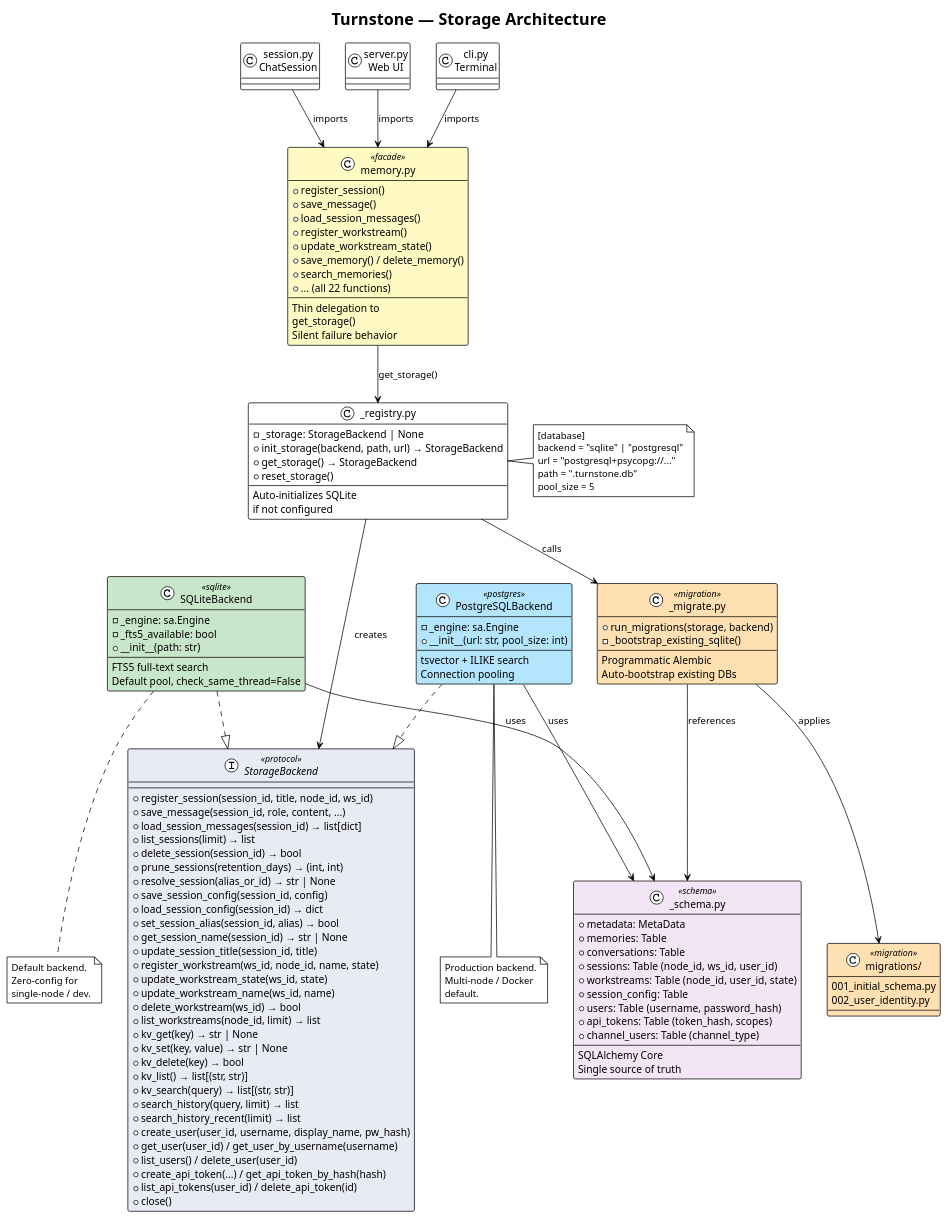
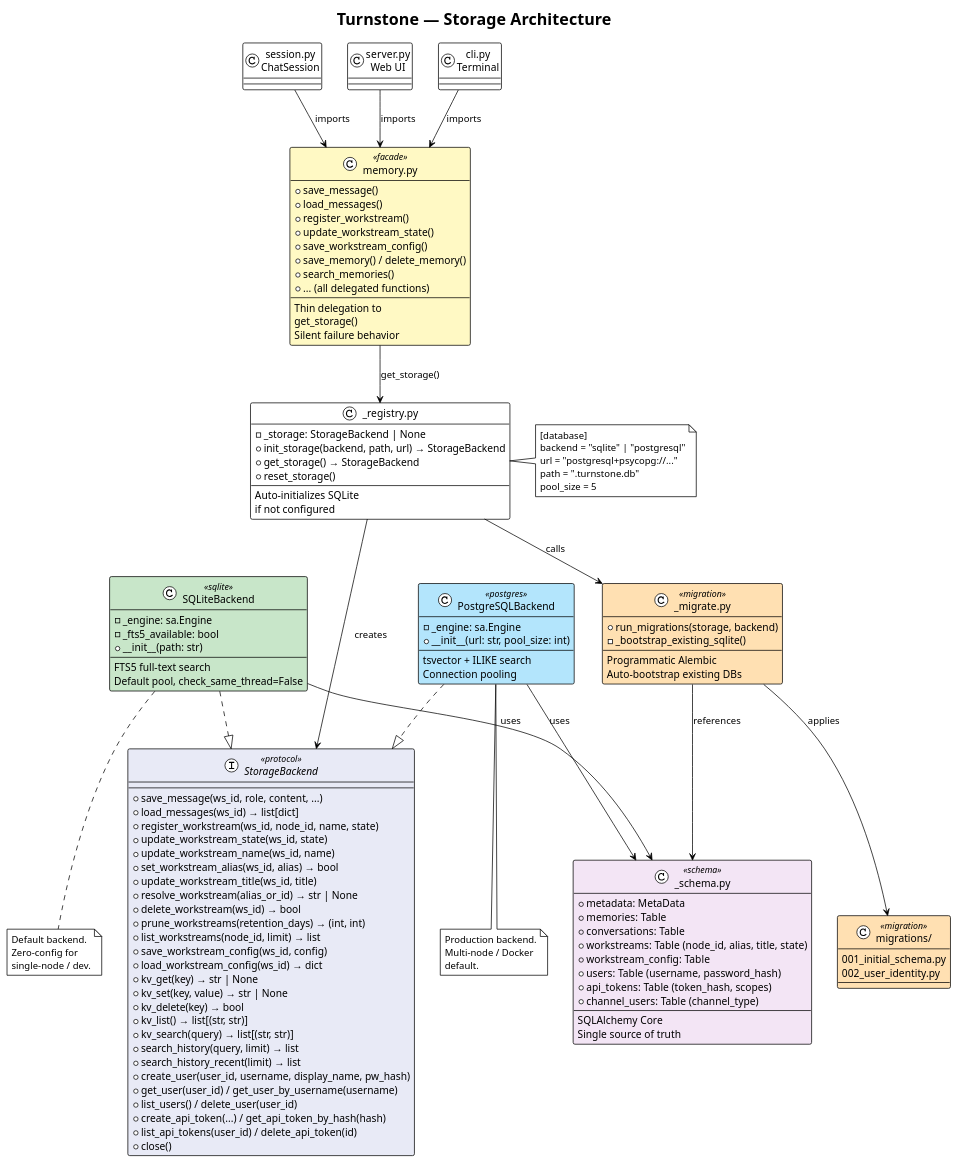
The diagram in docs/diagrams/14-storage-architecture.puml (turnstonelabs/turnstone), drawn with PlantUML before and after one commit. The commit also changed 47 other files, not shown here.

```diff
--- a/docs/diagrams/14-storage-architecture.puml
+++ b/docs/diagrams/14-storage-architecture.puml
@@ -1,173 +1,168 @@
 @startuml
 !theme plain
 title Turnstone — Storage Architecture
 
 skinparam class {
     BackgroundColor<<protocol>> #E8EAF6
     BackgroundColor<<sqlite>> #C8E6C9
     BackgroundColor<<postgres>> #B3E5FC
     BackgroundColor<<facade>> #FFF9C4
     BackgroundColor<<migration>> #FFE0B2
     BackgroundColor<<schema>> #F3E5F5
 }
 
 ' -- Protocol --
 interface "StorageBackend" as SB <<protocol>> {
-    +register_session(session_id, title, node_id, ws_id)
-    +save_message(session_id, role, content, ...)
-    +load_session_messages(session_id) → list[dict]
-    +list_sessions(limit) → list
-    +delete_session(session_id) → bool
-    +prune_sessions(retention_days) → (int, int)
-    +resolve_session(alias_or_id) → str | None
-    +save_session_config(session_id, config)
-    +load_session_config(session_id) → dict
-    +set_session_alias(session_id, alias) → bool
-    +get_session_name(session_id) → str | None
-    +update_session_title(session_id, title)
+    +save_message(ws_id, role, content, ...)
+    +load_messages(ws_id) → list[dict]
     +register_workstream(ws_id, node_id, name, state)
     +update_workstream_state(ws_id, state)
     +update_workstream_name(ws_id, name)
+    +set_workstream_alias(ws_id, alias) → bool
+    +update_workstream_title(ws_id, title)
+    +resolve_workstream(alias_or_id) → str | None
     +delete_workstream(ws_id) → bool
+    +prune_workstreams(retention_days) → (int, int)
     +list_workstreams(node_id, limit) → list
+    +save_workstream_config(ws_id, config)
+    +load_workstream_config(ws_id) → dict
     +kv_get(key) → str | None
     +kv_set(key, value) → str | None
     +kv_delete(key) → bool
     +kv_list() → list[(str, str)]
     +kv_search(query) → list[(str, str)]
     +search_history(query, limit) → list
     +search_history_recent(limit) → list
     +create_user(user_id, username, display_name, pw_hash)
     +get_user(user_id) / get_user_by_username(username)
     +list_users() / delete_user(user_id)
     +create_api_token(...) / get_api_token_by_hash(hash)
     +list_api_tokens(user_id) / delete_api_token(id)
     +close()
 }
 
 ' -- Backends --
 class "SQLiteBackend" as SQLite <<sqlite>> {
     -_engine: sa.Engine
     -_fts5_available: bool
     +__init__(path: str)
     --
     FTS5 full-text search
     Default pool, check_same_thread=False
 }
 
 class "PostgreSQLBackend" as PG <<postgres>> {
     -_engine: sa.Engine
     +__init__(url: str, pool_size: int)
     --
     tsvector + ILIKE search
     Connection pooling
 }
 
 ' -- Schema --
 class "_schema.py" as Schema <<schema>> {
     +metadata: MetaData
     +memories: Table
     +conversations: Table
-    +sessions: Table (node_id, ws_id, user_id)
-    +workstreams: Table (node_id, user_id, state)
-    +session_config: Table
+    +workstreams: Table (node_id, alias, title, state)
+    +workstream_config: Table
     +users: Table (username, password_hash)
     +api_tokens: Table (token_hash, scopes)
     +channel_users: Table (channel_type)
     --
     SQLAlchemy Core
     Single source of truth
 }
 
 ' -- Migration --
 class "_migrate.py" as Migrate <<migration>> {
     +run_migrations(storage, backend)
     -_bootstrap_existing_sqlite()
     --
     Programmatic Alembic
     Auto-bootstrap existing DBs
 }
 
 class "migrations/" as Versions <<migration>> {
     001_initial_schema.py
     002_user_identity.py
 }
 
 ' -- Registry --
 class "_registry.py" as Registry {
     -_storage: StorageBackend | None
     +init_storage(backend, path, url) → StorageBackend
     +get_storage() → StorageBackend
     +reset_storage()
     --
     Auto-initializes SQLite
     if not configured
 }
 
 ' -- Facade --
 class "memory.py" as Facade <<facade>> {
-    +register_session()
     +save_message()
-    +load_session_messages()
+    +load_messages()
     +register_workstream()
     +update_workstream_state()
+    +save_workstream_config()
     +save_memory() / delete_memory()
     +search_memories()
-    +... (all 22 functions)
+    +... (all delegated functions)
     --
     Thin delegation to
     get_storage()
     Silent failure behavior
 }
 
 ' -- Consumers --
 class "session.py\nChatSession" as Session {
 }
 
 class "server.py\nWeb UI" as Server {
 }
 
 class "cli.py\nTerminal" as CLI {
 }
 
 ' -- Relationships --
 SQLite ..|> SB
 PG ..|> SB
 
 SQLite --> Schema : uses
 PG --> Schema : uses
 
 Registry --> SB : creates
 Registry --> Migrate : calls
 
 Migrate --> Versions : applies
 Migrate --> Schema : references
 
 Facade --> Registry : get_storage()
 
 Session --> Facade : imports
 Server --> Facade : imports
 CLI --> Facade : imports
 
 ' -- Config --
 note right of Registry
   [database]
   backend = "sqlite" | "postgresql"
   url = "postgresql+psycopg://..."
   path = ".turnstone.db"
   pool_size = 5
 end note
 
 note bottom of SQLite
   Default backend.
   Zero-config for
   single-node / dev.
 end note
 
 note bottom of PG
   Production backend.
   Multi-node / Docker
   default.
 end note
 
 @enduml
```
